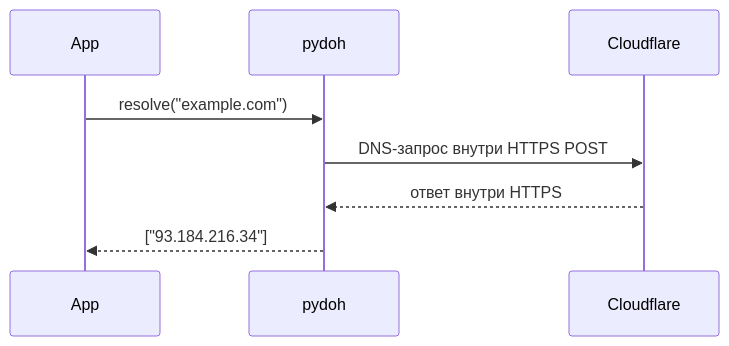
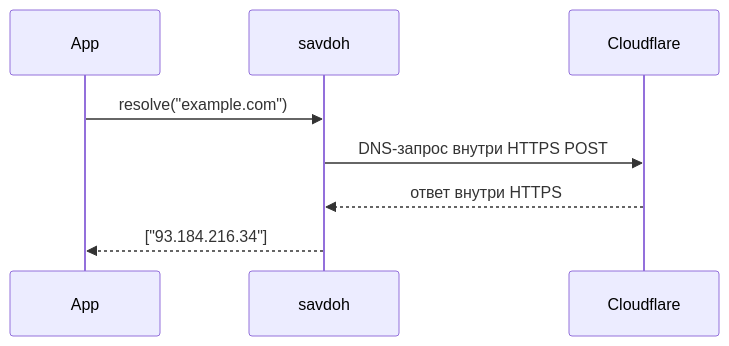
One commit to ImSavsis/pydoh changed the diagram in README.md. Above: the diagram before and after it, drawn with Mermaid. The commit also changed other lines of this file and 14 other files, not shown here.

Commit message:
rename: pydoh -> savdoh

````diff
--- a/README.md
+++ b/README.md
@@ -5,7 +5,7 @@
 ```mermaid
 sequenceDiagram
-    App->>pydoh: resolve("example.com")
-    pydoh->>Cloudflare: DNS-запрос внутри HTTPS POST
-    Cloudflare-->>pydoh: ответ внутри HTTPS
-    pydoh-->>App: ["93.184.216.34"]
+    App->>savdoh: resolve("example.com")
+    savdoh->>Cloudflare: DNS-запрос внутри HTTPS POST
+    Cloudflare-->>savdoh: ответ внутри HTTPS
+    savdoh-->>App: ["93.184.216.34"]
 ```
````
